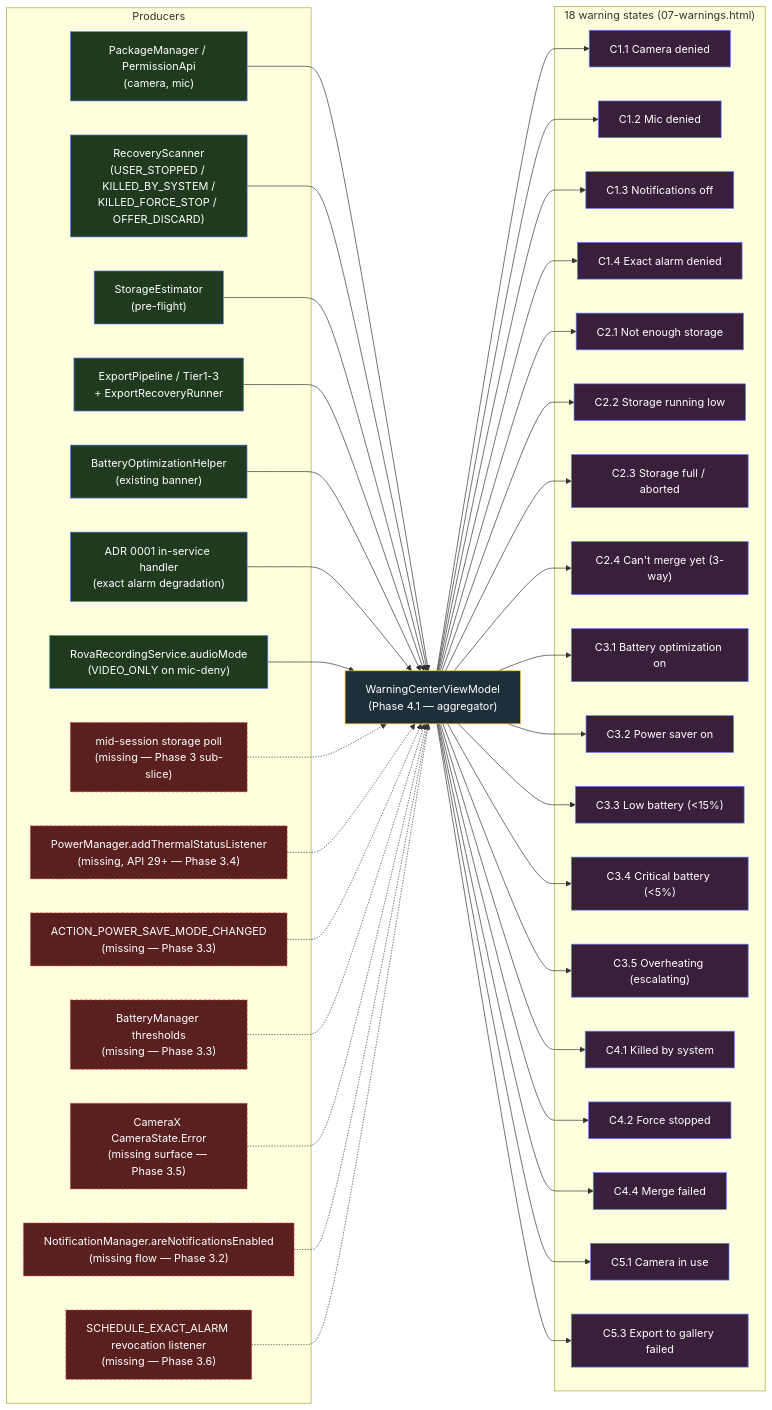
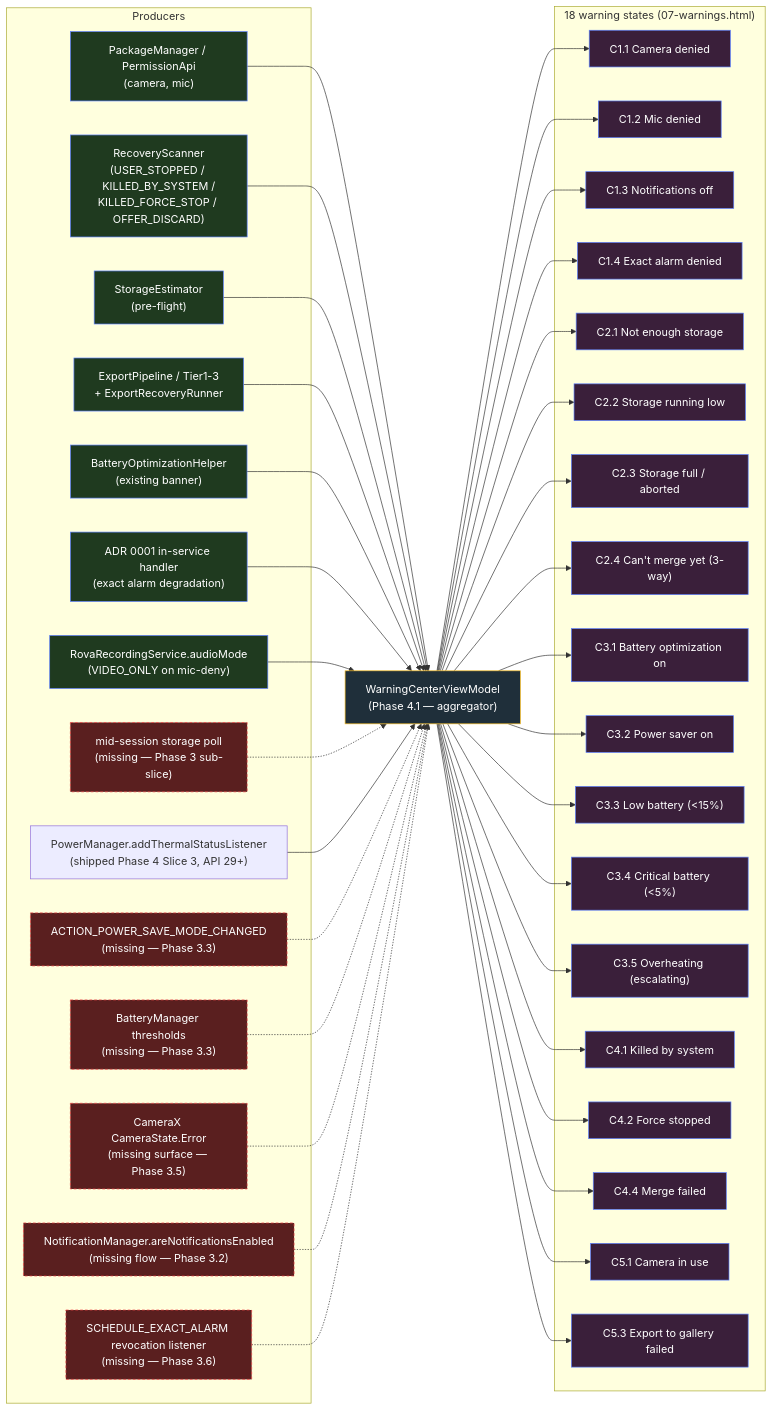
One commit to aritr-codes/rova-android changed the diagram in docs/WarningCenterContract.md. Above: the diagram before and after it, drawn with Mermaid. The commit also changed other lines of this file and 23 other files, not shown here.

First line of the commit message:
Phase 4 Slice 3 — thermal auto-stop + echo banner + Tips sheet (#47)

```diff
--- a/docs/WarningCenterContract.md
+++ b/docs/WarningCenterContract.md
@@ -283,7 +283,7 @@
         PERMS_API["PackageManager / PermissionApi<br/>(camera, mic)"]:::have
 
         MID_STORE["mid-session storage poll<br/>(missing — Phase 3 sub-slice)"]:::miss
-        THERMAL["PowerManager.addThermalStatusListener<br/>(missing, API 29+ — Phase 3.4)"]:::miss
+        THERMAL["PowerManager.addThermalStatusListener<br/>(shipped Phase 4 Slice 3, API 29+)"]:::ok
         BATSAVER["ACTION_POWER_SAVE_MODE_CHANGED<br/>(missing — Phase 3.3)"]:::miss
         LOWBAT["BatteryManager thresholds<br/>(missing — Phase 3.3)"]:::miss
         CAMERR["CameraX CameraState.Error<br/>(missing surface — Phase 3.5)"]:::miss
@@ -323,7 +323,7 @@
     SR_AUDIO --> WCV
 
     MID_STORE -.-> WCV
-    THERMAL -.-> WCV
+    THERMAL --> WCV
     BATSAVER -.-> WCV
     LOWBAT -.-> WCV
     CAMERR -.-> WCV
```
